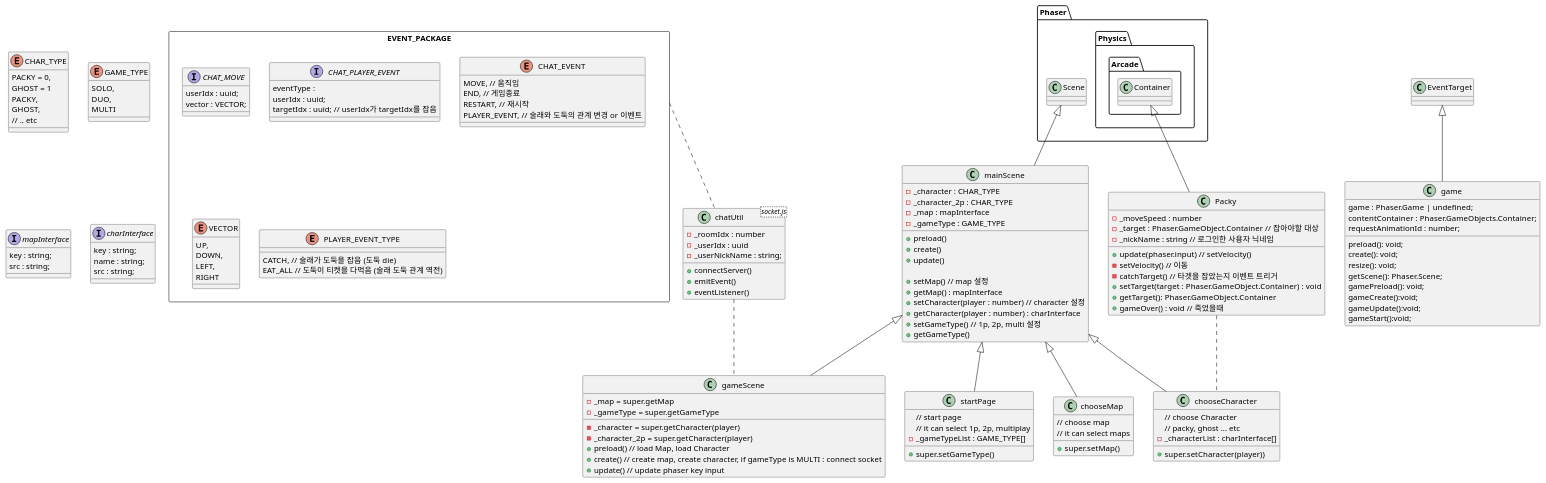
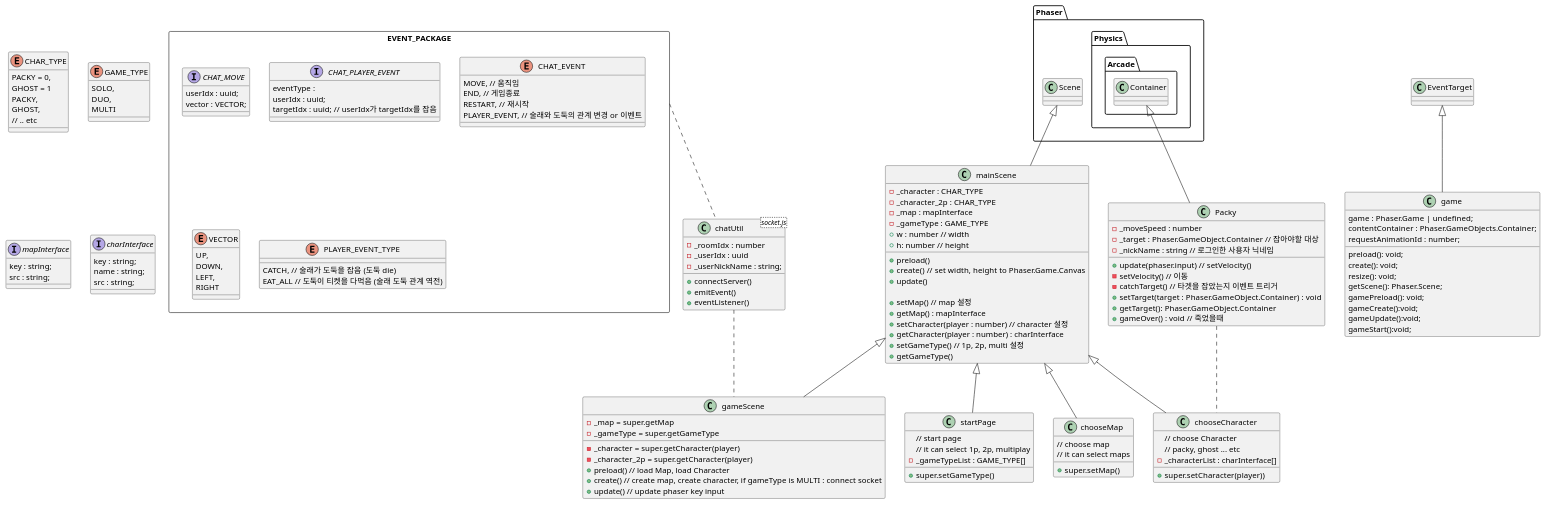
One commit to IMOGD/packy-front changed the diagram in doc/game.puml. Above: the diagram before and after it, drawn with PlantUML. The commit also changed 14 other files, not shown here.

```diff
--- a/doc/game.puml
+++ b/doc/game.puml
@@ -1,173 +1,175 @@
 @startuml
 'enum'
 enum CHAR_TYPE {
     PACKY = 0,
     GHOST = 1
 }
 
 enum GAME_TYPE {
     SOLO,
     DUO,
     MULTI
 }
 
 enum CHAR_TYPE {
     PACKY,
     GHOST,
     // .. etc
 }
 
 
 
 'package'
 package EVENT_PACKAGE <<Rectangle>> {
     interface CHAT_MOVE {
         userIdx : uuid;
         vector : VECTOR;
     }
 
 
     interface CHAT_PLAYER_EVENT {
         eventType :
         userIdx : uuid;
         targetIdx : uuid; // userIdx가 targetIdx를 잡음
     }
 
     enum CHAT_EVENT {
         MOVE, // 움직임
         END, // 게임종료
         RESTART, // 재시작
         PLAYER_EVENT, // 술래와 도둑의 관계 변경 or 이벤트
     }
 
     enum VECTOR {
         UP,
         DOWN,
         LEFT,
         RIGHT
     }
 
     enum PLAYER_EVENT_TYPE {
         CATCH, // 술래가 도둑을 잡음 (도둑 die)
         EAT_ALL // 도둑이 티켓을 다먹음 (술래 도둑 관계 역전)
     }
 }
 
 
 'interface'
 
 
 interface mapInterface {
     key : string;
     src : string;
 }
 
 interface charInterface {
     key : string;
     name : string;
     src : string;
 }
 
 
 'class'
 class game extends EventTarget {
     game : Phaser.Game | undefined;
     contentContainer : Phaser.GameObjects.Container;
     requestAnimationId : number;
 
     preload(): void;
     create(): void;
     resize(): void;
     getScene(): Phaser.Scene;
     gamePreload(): void;
     gameCreate():void;
     gameUpdate():void;
     gameStart():void;
 }
 
 
 class mainScene extends Phaser.Scene {
     - _character : CHAR_TYPE
     - _character_2p : CHAR_TYPE
     - _map : mapInterface
     - _gameType : GAME_TYPE
+    + w : number // width
+    + h: number // height
 
     + preload()
-    + create()
+    + create() // set width, height to Phaser.Game.Canvas
     + update()
 
     + setMap() // map 설정
     + getMap() : mapInterface
     + setCharacter(player : number) // character 설정
     + getCharacter(player : number) : charInterface
     + setGameType() // 1p, 2p, multi 설정
     + getGameType()
 }
 
 class startPage extends mainScene {
     // start page
     // it can select 1p, 2p, multiplay
     - _gameTypeList : GAME_TYPE[]
 
     +super.setGameType()
 }
 
 class chooseCharacter extends mainScene {
     // choose Character
     // packy, ghost ... etc
     - _characterList : charInterface[]
 
     + super.setCharacter(player))
 }
 
 class chooseMap extends mainScene {
     // choose map
     // it can select maps
 
     + super.setMap()
 }
 
 class gameScene extends mainScene{
     - _character = super.getCharacter(player)
     - _character_2p = super.getCharacter(player)
     - _map = super.getMap
     - _gameType = super.getGameType
 
     + preload() // load Map, load Character
     + create() // create map, create character, if gameType is MULTI : connect socket
     + update() // update phaser key input
 }
 
 
 class chatUtil <socket.js> {
     - _roomIdx : number
     - _userIdx : uuid
     - _userNickName : string;
 
     + connectServer()
     + emitEvent()
     + eventListener()
 }
 
 class Packy extends Phaser.Physics.Arcade.Container{
     - _moveSpeed : number
     - _target : Phaser.GameObject.Container // 잡아야할 대상
     - _nickName : string // 로그인한 사용자 닉네임
 
 
     + update(phaser.input) // setVelocity()
     - setVelocity() // 이동
     - catchTarget() // 타겟을 잡았는지 이벤트 트리거
     + setTarget(target : Phaser.GameObject.Container) : void
     + getTarget(): Phaser.GameObject.Container
     + gameOver() : void // 죽었을때
 }
 
 'relation'
 chatUtil .. gameScene
 Packy .. chooseCharacter
 EVENT_PACKAGE .. chatUtil
 
 
 
 @enduml
```
